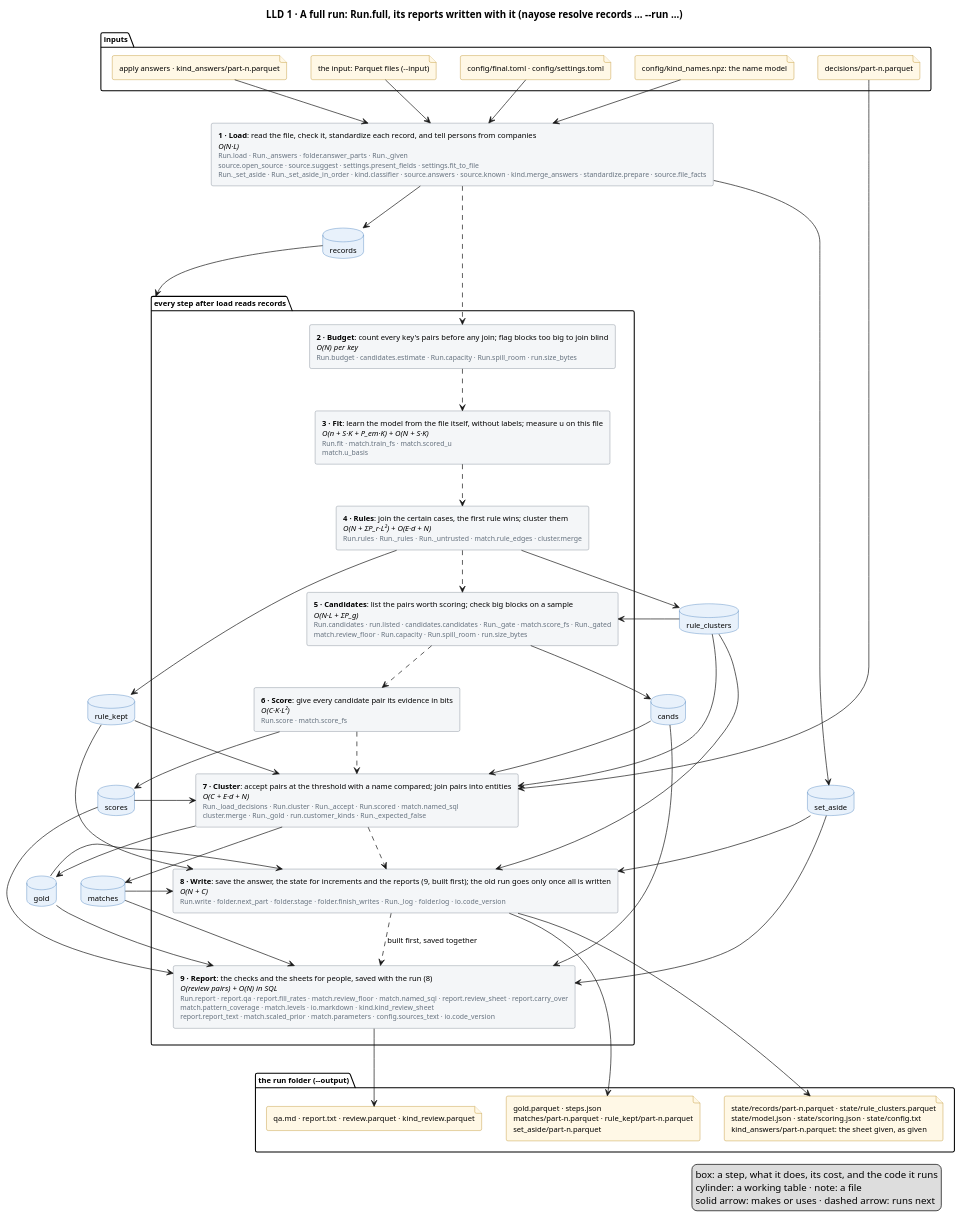
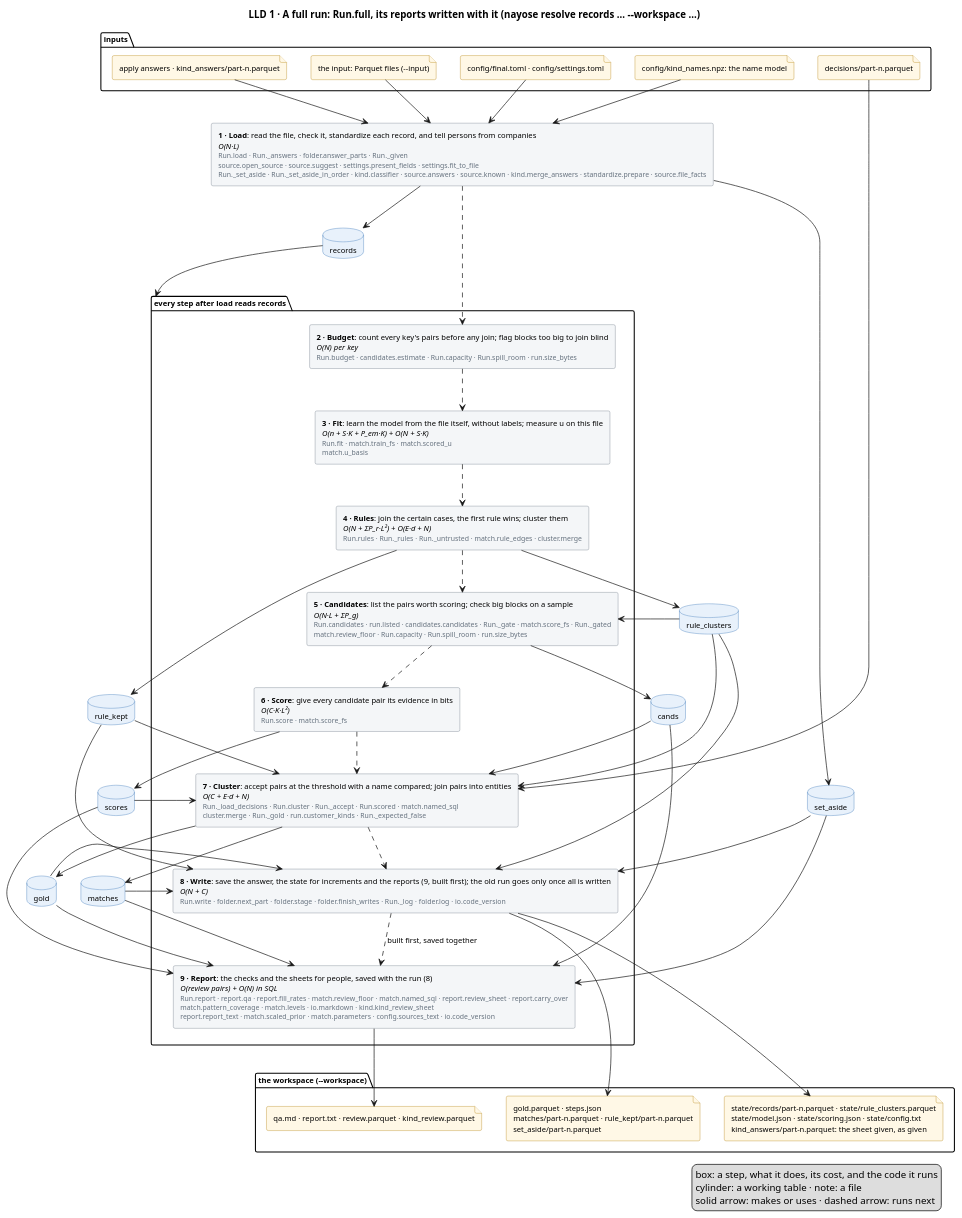
Before and after one commit to mvsbm/entity_matching: the diagram in docs/diagrams/full-run.puml, drawn with PlantUML. The commit also changed 33 other files, not shown here.

```diff
--- a/docs/diagrams/full-run.puml
+++ b/docs/diagrams/full-run.puml
@@ -1,100 +1,100 @@
 @startuml full-run
-title LLD 1 · A full run: Run.full, its reports written with it (nayose resolve records … ~--run …)
+title LLD 1 · A full run: Run.full, its reports written with it (nayose resolve records … ~--workspace …)
 skinparam defaultFontSize 11
 skinparam rectangle {
   BackgroundColor #F4F6F8
   BorderColor #65717E
 }
 skinparam database {
   BackgroundColor #E8F1FB
   BorderColor #2C6DB3
 }
 skinparam file {
   BackgroundColor #FFF8E6
   BorderColor #B07D00
 }
 
 package "inputs" {
   file "the input: Parquet files (~--input)" as f_input
   file "config/final.toml · config/settings.toml" as f_config
   file "config/kind_names.npz: the name model" as f_names
   file "apply answers · kind_answers/part-n.parquet" as f_answers
   file "decisions/part-n.parquet" as f_decisions
 }
 
 
 rectangle "<b>1 · Load</b>: read the file, check it, standardize each record, and tell persons from companies\n<i>O(N·L)</i>\n<size:10><color:#65717E>Run.load · Run._answers · folder.answer_parts · Run._given</color></size>\n<size:10><color:#65717E>source.open_source · source.suggest · settings.present_fields · settings.fit_to_file</color></size>\n<size:10><color:#65717E>Run._set_aside · Run._set_aside_in_order · kind.classifier · source.answers · source.known · kind.merge_answers · standardize.prepare · source.file_facts</color></size>" as load
 package "every step after load reads records" as after_load {
   rectangle "<b>2 · Budget</b>: count every key's pairs before any join; flag blocks too big to join blind\n<i>O(N) per key</i>\n<size:10><color:#65717E>Run.budget · candidates.estimate · Run.capacity · Run.spill_room · run.size_bytes</color></size>" as budget
   rectangle "<b>3 · Fit</b>: learn the model from the file itself, without labels; measure u on this file\n<i>O(n + S·K + P_em·K) + O(N + S·K)</i>\n<size:10><color:#65717E>Run.fit · match.train_fs · match.scored_u</color></size>\n<size:10><color:#65717E>match.u_basis</color></size>" as fit
   rectangle "<b>4 · Rules</b>: join the certain cases, the first rule wins; cluster them\n<i>O(N + ΣP_r·L²) + O(E·d + N)</i>\n<size:10><color:#65717E>Run.rules · Run._rules · Run._untrusted · match.rule_edges · cluster.merge</color></size>" as rules
   rectangle "<b>5 · Candidates</b>: list the pairs worth scoring; check big blocks on a sample\n<i>O(N·L + ΣP_g)</i>\n<size:10><color:#65717E>Run.candidates · run.listed · candidates.candidates · Run._gate · match.score_fs · Run._gated</color></size>\n<size:10><color:#65717E>match.review_floor · Run.capacity · Run.spill_room · run.size_bytes</color></size>" as candidates
   rectangle "<b>6 · Score</b>: give every candidate pair its evidence in bits\n<i>O(C·K·L²)</i>\n<size:10><color:#65717E>Run.score · match.score_fs</color></size>" as score
   rectangle "<b>7 · Cluster</b>: accept pairs at the threshold with a name compared; join pairs into entities\n<i>O(C + E·d + N)</i>\n<size:10><color:#65717E>Run._load_decisions · Run.cluster · Run._accept · Run.scored · match.named_sql</color></size>\n<size:10><color:#65717E>cluster.merge · Run._gold · run.customer_kinds · Run._expected_false</color></size>" as cluster
   rectangle "<b>8 · Write</b>: save the answer, the state for increments and the reports (9, built first); the old run goes only once all is written\n<i>O(N + C)</i>\n<size:10><color:#65717E>Run.write · folder.next_part · folder.stage · folder.finish_writes · Run._log · folder.log · io.code_version</color></size>" as write
   rectangle "<b>9 · Report</b>: the checks and the sheets for people, saved with the run (8)\n<i>O(review pairs) + O(N) in SQL</i>\n<size:10><color:#65717E>Run.report · report.qa · report.fill_rates · match.review_floor · match.named_sql · report.review_sheet · report.carry_over</color></size>\n<size:10><color:#65717E>match.pattern_coverage · match.levels · io.markdown · kind.kind_review_sheet</color></size>\n<size:10><color:#65717E>report.report_text · match.scaled_prior · match.parameters · config.sources_text · io.code_version</color></size>" as report
 }
 database "records" as records
 database "set_aside" as set_aside
 database "rule_clusters" as rule_clusters
 database "rule_kept" as rule_kept
 database "cands" as cands
 database "scores" as scores
 database "matches" as matches
 database "gold" as gold
 
-package "the run folder (~--output)" {
+package "the workspace (~--workspace)" {
   file "gold.parquet · steps.json\nmatches/part-n.parquet · rule_kept/part-n.parquet\nset_aside/part-n.parquet" as f_out
   file "state/records/part-n.parquet · state/rule_clusters.parquet\nstate/model.json · state/scoring.json · state/config.txt\nkind_answers/part-n.parquet: the sheet given, as given" as f_state
   file "qa.md · report.txt · review.parquet · kind_review.parquet" as f_people
 }
 
 f_input --> load
 f_config --> load
 f_names --> load
 f_answers --> load
 f_decisions --> cluster
 
 load ..> budget
 budget ..> fit
 fit ..> rules
 rules ..> candidates
 candidates ..> score
 score ..> cluster
 cluster ..> write
 write ..> report : built first, saved together
 
 load --> records
 load --> set_aside
 records --> after_load
 rules --> rule_clusters
 rules --> rule_kept
 rule_clusters --> candidates
 rule_clusters --> cluster
 rule_clusters --> write
 rule_kept --> cluster
 rule_kept --> write
 candidates --> cands
 cands --> cluster
 cands --> report
 score --> scores
 scores --> cluster
 scores --> report
 cluster --> matches
 cluster --> gold
 matches --> write
 matches --> report
 gold --> write
 gold --> report
 set_aside --> write
 set_aside --> report
 
 write --> f_out
 write --> f_state
 report --> f_people
 legend right
   box: a step, what it does, its cost, and the code it runs
   cylinder: a working table · note: a file
   solid arrow: makes or uses · dashed arrow: runs next
 endlegend
 @enduml
```
